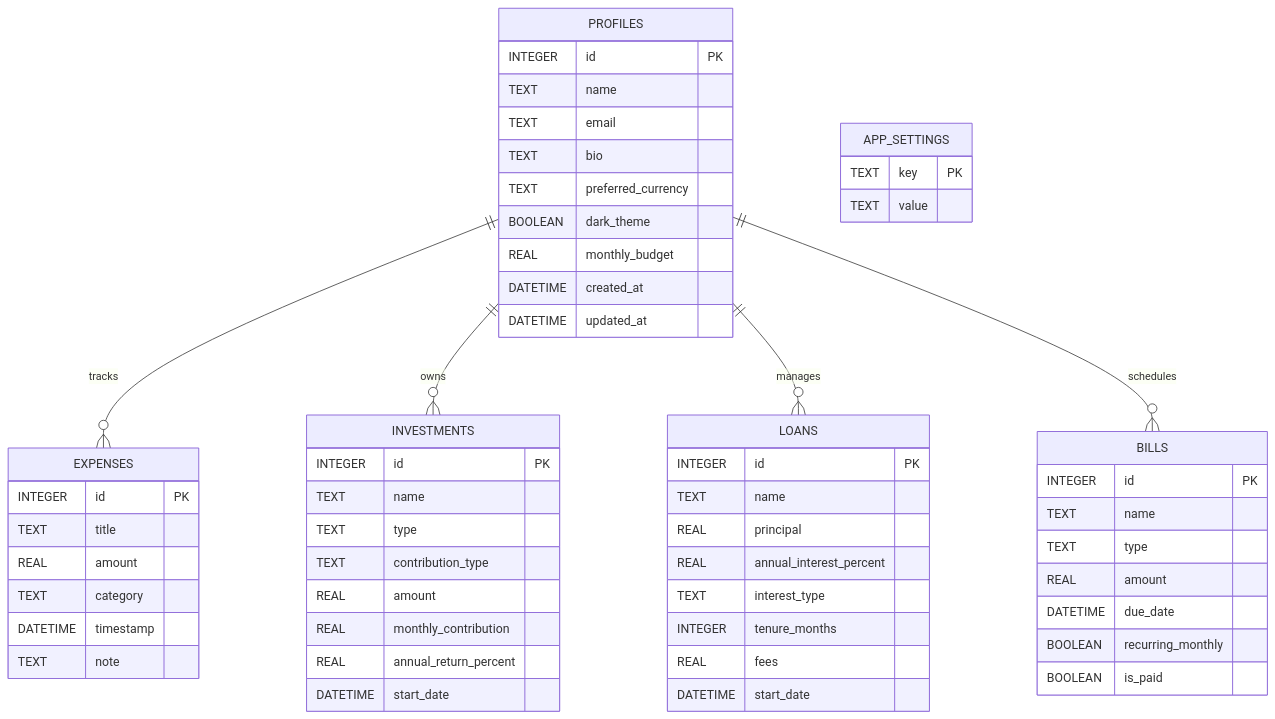
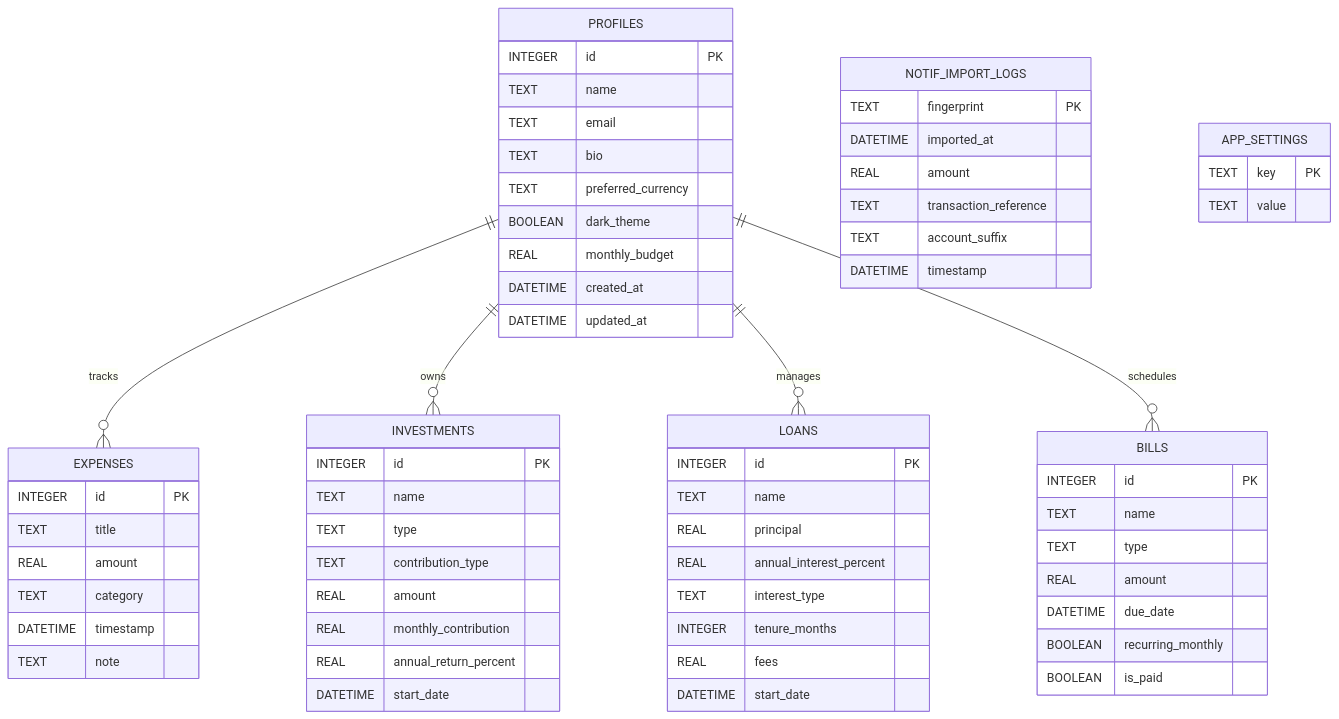
Before and after one commit to Hemanth7723/Finsify: the diagram in documents/ERD.md, drawn with Mermaid. The commit also changed other lines of this file and 24 other files, not shown here.

````diff
--- a/documents/ERD.md
+++ b/documents/ERD.md
@@ -12,65 +12,74 @@
 ```mermaid
 erDiagram
     PROFILES ||--o{ EXPENSES : "tracks"
     PROFILES ||--o{ INVESTMENTS : "owns"
     PROFILES ||--o{ LOANS : "manages"
     PROFILES ||--o{ BILLS : "schedules"
     
     PROFILES {
         INTEGER id PK
         TEXT name
         TEXT email
         TEXT bio
         TEXT preferred_currency
         BOOLEAN dark_theme
         REAL monthly_budget
         DATETIME created_at
         DATETIME updated_at
     }
 
     EXPENSES {
         INTEGER id PK
         TEXT title
         REAL amount
         TEXT category
         DATETIME timestamp
         TEXT note
+    }
+
+    NOTIF_IMPORT_LOGS {
+        TEXT fingerprint PK
+        DATETIME imported_at
+        REAL amount
+        TEXT transaction_reference
+        TEXT account_suffix
+        DATETIME timestamp
     }
 
     APP_SETTINGS {
         TEXT key PK
         TEXT value
     }
 
     INVESTMENTS {
         INTEGER id PK
         TEXT name
         TEXT type
         TEXT contribution_type
         REAL amount
         REAL monthly_contribution
         REAL annual_return_percent
         DATETIME start_date
     }
 
     LOANS {
         INTEGER id PK
         TEXT name
         REAL principal
         REAL annual_interest_percent
         TEXT interest_type
         INTEGER tenure_months
         REAL fees
         DATETIME start_date
     }
 
     BILLS {
         INTEGER id PK
         TEXT name
         TEXT type
         REAL amount
         DATETIME due_date
         BOOLEAN recurring_monthly
         BOOLEAN is_paid
     }
 ```
````
